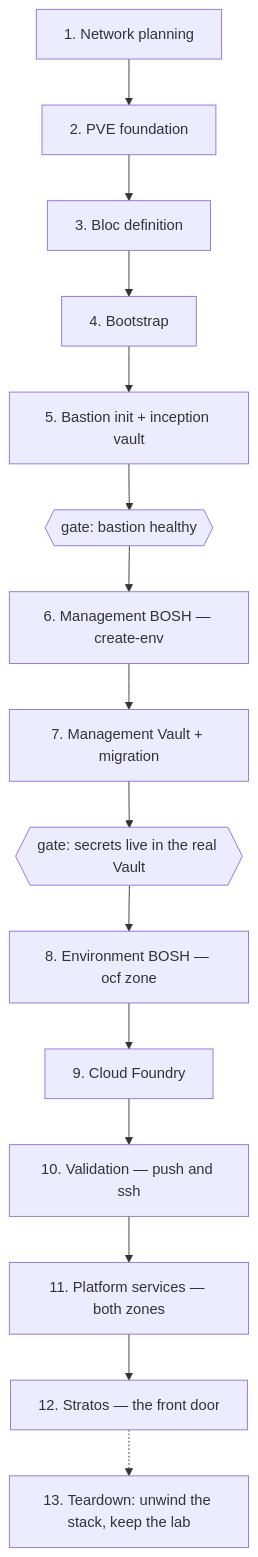
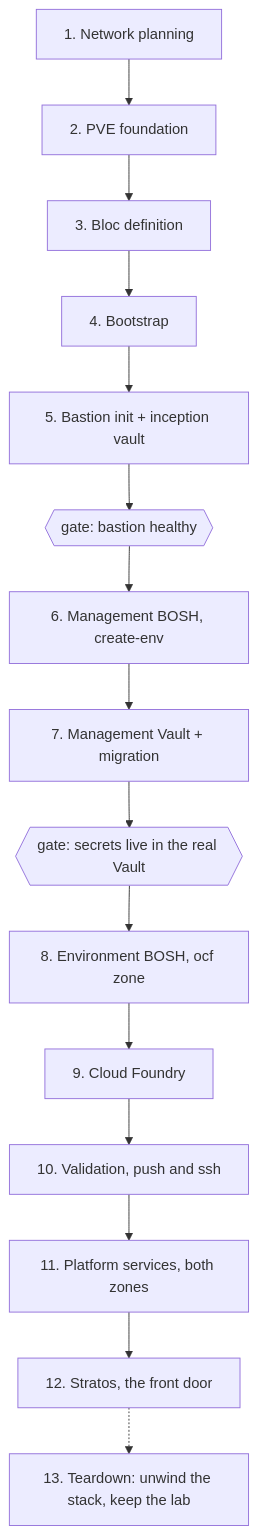
The diagram in docs/runbooks/pve/README.md (fivetwenty-io/ocfp-cli), drawn with Mermaid before and after one commit. The commit also changed other lines of this file and 13 other files, not shown here.

````diff
--- a/docs/runbooks/pve/README.md
+++ b/docs/runbooks/pve/README.md
@@ -19,17 +11,17 @@
 ```mermaid
 flowchart TD
     P1[1. Network planning] --> P2[2. PVE foundation]
     P2 --> P3[3. Bloc definition]
     P3 --> P4[4. Bootstrap]
     P4 --> P5[5. Bastion init + inception vault]
     P5 --> G1{{gate: bastion healthy}}
-    G1 --> P6[6. Management BOSH — create-env]
+    G1 --> P6[6. Management BOSH, create-env]
     P6 --> P7[7. Management Vault + migration]
     P7 --> G2{{gate: secrets live in the real Vault}}
-    G2 --> P8[8. Environment BOSH — ocf zone]
+    G2 --> P8[8. Environment BOSH, ocf zone]
     P8 --> P9[9. Cloud Foundry]
-    P9 --> P10[10. Validation — push and ssh]
-    P10 --> P11[11. Platform services — both zones]
-    P11 --> P12[12. Stratos — the front door]
+    P9 --> P10[10. Validation, push and ssh]
+    P10 --> P11[11. Platform services, both zones]
+    P11 --> P12[12. Stratos, the front door]
     P12 -.-> P13[13. Teardown: unwind the stack, keep the lab]
 ```
````
